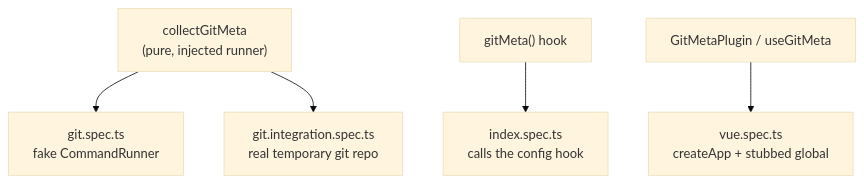
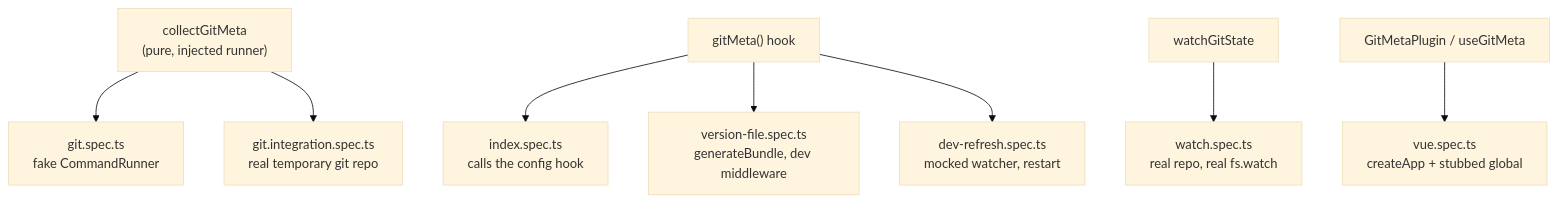
One commit to CheeseGrinder/vite-plugin-git-meta changed the diagram in docs/specs/testing.md. Above: the diagram before and after it, drawn with Mermaid (base theme). The commit also changed other lines of this file and 17 other files, not shown here.

First line of the commit message:
feat: CI env fallback, dirty state, version file and dev refresh (#6)

````diff
--- a/docs/specs/testing.md
+++ b/docs/specs/testing.md
@@ -7,7 +7,10 @@
 ```mermaid
 flowchart TD
   logic["collectGitMeta<br/>(pure, injected runner)"] --> unit["git.spec.ts<br/>fake CommandRunner"]
   logic --> real["git.integration.spec.ts<br/>real temporary git repo"]
   plugin["gitMeta() hook"] --> pluginSpec["index.spec.ts<br/>calls the config hook"]
+  plugin --> versionSpec["version-file.spec.ts<br/>generateBundle, dev middleware"]
+  plugin --> devSpec["dev-refresh.spec.ts<br/>mocked watcher, restart"]
+  watcher["watchGitState"] --> watchSpec["watch.spec.ts<br/>real repo, real fs.watch"]
   vuePlugin["GitMetaPlugin / useGitMeta"] --> vueSpec["vue.spec.ts<br/>createApp + stubbed global"]
 ```
````
